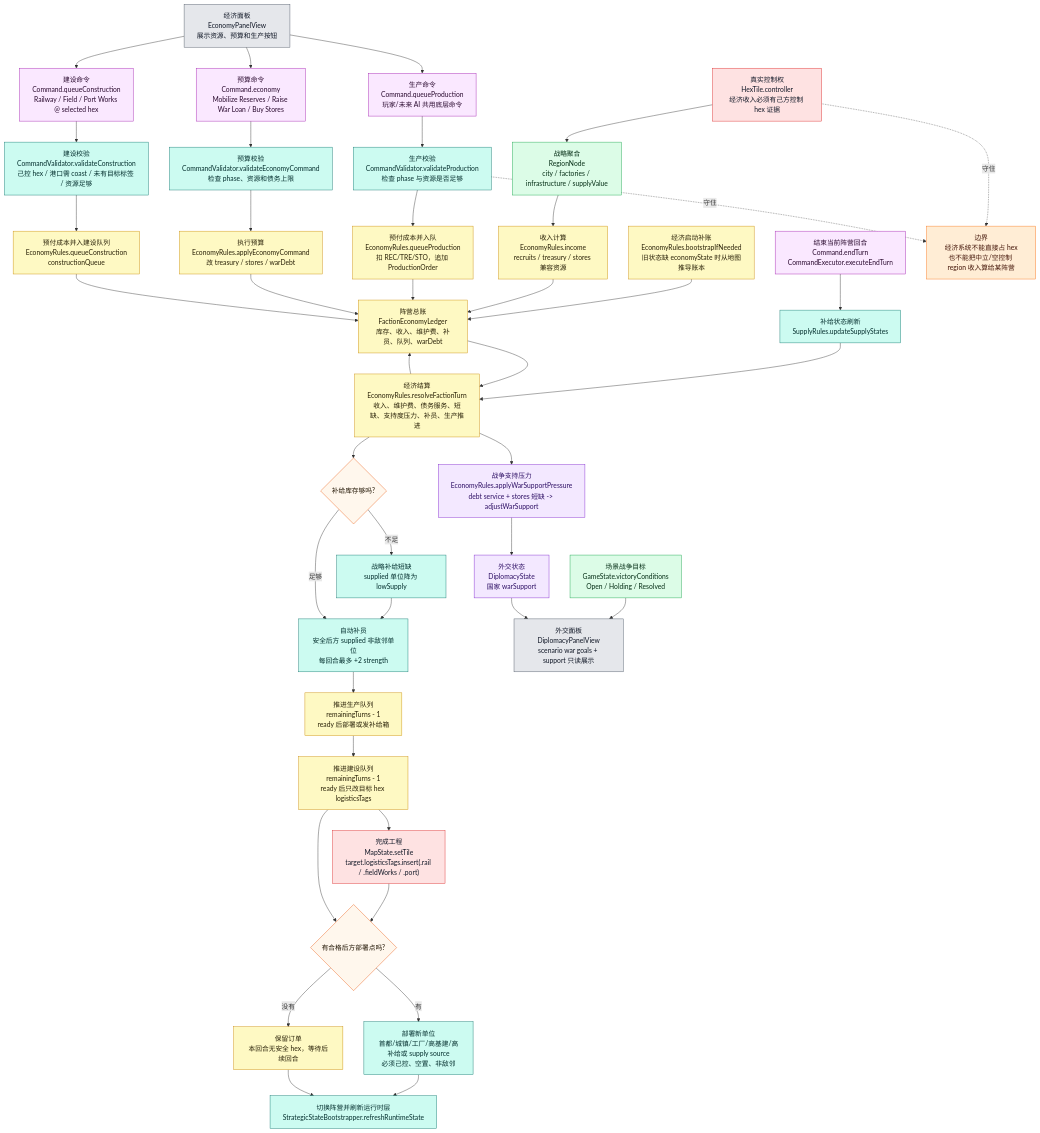
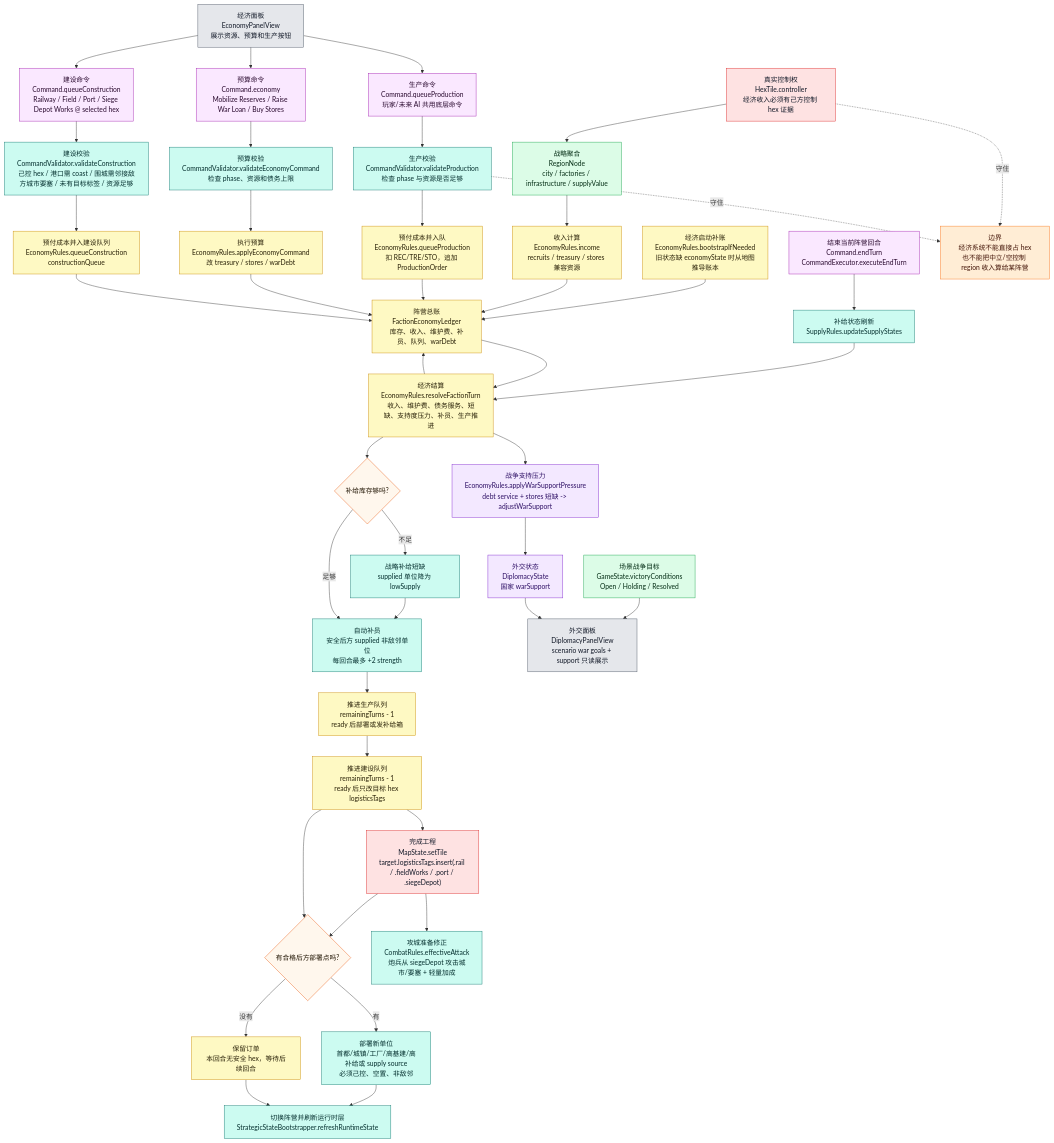
One commit to Altman-sam114/126 changed the fourth of 9 diagrams in md/flow/flowchart.md. Above: the diagram before and after it, drawn with Mermaid. The commit also changed other lines of this file and 6 other files, not shown here.

Commit message:
feat(logistics): add siege depot works

````diff
--- a/md/flow/flowchart.md
+++ b/md/flow/flowchart.md
@@ -207,71 +207,73 @@
 ```mermaid
 flowchart TD
     BOOT["经济启动补账<br/>EconomyRules.bootstrapIfNeeded<br/>旧状态缺 economyState 时从地图推导账本"]:::economy
     HEX["真实控制权<br/>HexTile.controller<br/>经济收入必须有己方控制 hex 证据"]:::authority
     REGION["战略聚合<br/>RegionNode<br/>city / factories / infrastructure / supplyValue"]:::derived
     INCOME["收入计算<br/>EconomyRules.income<br/>recruits / treasury / stores 兼容资源"]:::economy
     LEDGER["阵营总账<br/>FactionEconomyLedger<br/>库存、收入、维护费、补员、队列、warDebt"]:::economy
 
     UI["经济面板<br/>EconomyPanelView<br/>展示资源、预算和生产按钮"]:::ui
     QUEUE["生产命令<br/>Command.queueProduction<br/>玩家/未来 AI 共用底层命令"]:::command
     VALIDATE["生产校验<br/>CommandValidator.validateProduction<br/>检查 phase 与资源是否足够"]:::rules
     PAY["预付成本并入队<br/>EconomyRules.queueProduction<br/>扣 REC/TRE/STO，追加 ProductionOrder"]:::economy
     BUDGET["预算命令<br/>Command.economy<br/>Mobilize Reserves / Raise War Loan / Buy Stores"]:::command
     BVALID["预算校验<br/>CommandValidator.validateEconomyCommand<br/>检查 phase、资源和债务上限"]:::rules
     APPLYB["执行预算<br/>EconomyRules.applyEconomyCommand<br/>改 treasury / stores / warDebt"]:::economy
-    BUILD["建设命令<br/>Command.queueConstruction<br/>Railway / Field / Port Works @ selected hex"]:::command
-    BLDVALID["建设校验<br/>CommandValidator.validateConstruction<br/>己控 hex / 港口需 coast / 未有目标标签 / 资源足够"]:::rules
+    BUILD["建设命令<br/>Command.queueConstruction<br/>Railway / Field / Port / Siege Depot Works @ selected hex"]:::command
+    BLDVALID["建设校验<br/>CommandValidator.validateConstruction<br/>己控 hex / 港口需 coast / 围城需邻接敌方城市要塞 / 未有目标标签 / 资源足够"]:::rules
     BLDQUEUE["预付成本并入建设队列<br/>EconomyRules.queueConstruction<br/>constructionQueue"]:::economy
     DIP["外交状态<br/>DiplomacyState<br/>国家 warSupport"]:::diplomacy
 
     END["结束当前阵营回合<br/>Command.endTurn<br/>CommandExecutor.executeEndTurn"]:::command
     SUPPLY["补给状态刷新<br/>SupplyRules.updateSupplyStates"]:::rules
     RESOLVE["经济结算<br/>EconomyRules.resolveFactionTurn<br/>收入、维护费、债务服务、短缺、支持度压力、补员、生产推进"]:::economy
     SHORT{"补给库存够吗?"}:::decision
     LOW["战略补给短缺<br/>supplied 单位降为 lowSupply"]:::rules
     PRESS["战争支持压力<br/>EconomyRules.applyWarSupportPressure<br/>debt service + stores 短缺 -> adjustWarSupport"]:::diplomacy
     REINF["自动补员<br/>安全后方 supplied 非敌邻单位<br/>每回合最多 +2 strength"]:::rules
     PROD["推进生产队列<br/>remainingTurns - 1<br/>ready 后部署或发补给箱"]:::economy
     CONST["推进建设队列<br/>remainingTurns - 1<br/>ready 后只改目标 hex logisticsTags"]:::economy
     DEPLOY{"有合格后方部署点吗?"}:::decision
     SPAWN["部署新单位<br/>首都/城镇/工厂/高基建/高补给或 supply source<br/>必须己控、空置、非敌邻"]:::rules
     WAIT["保留订单<br/>本回合无安全 hex，等待后续回合"]:::economy
-    RAIL["完成工程<br/>MapState.setTile<br/>target.logisticsTags.insert(.rail / .fieldWorks / .port)"]:::authority
+    RAIL["完成工程<br/>MapState.setTile<br/>target.logisticsTags.insert(.rail / .fieldWorks / .port / .siegeDepot)"]:::authority
+    SIEGE["攻城准备修正<br/>CombatRules.effectiveAttack<br/>炮兵从 siegeDepot 攻击城市/要塞 + 轻量加成"]:::rules
     NEXT["切换阵营并刷新运行时层<br/>StrategicStateBootstrapper.refreshRuntimeState"]:::rules
     DIPUI["外交面板<br/>DiplomacyPanelView<br/>scenario war goals + support 只读展示"]:::ui
     GOALS["场景战争目标<br/>GameState.victoryConditions<br/>Open / Holding / Resolved"]:::derived
 
     BOOT --> LEDGER
     HEX --> REGION --> INCOME --> LEDGER
     UI --> QUEUE --> VALIDATE --> PAY --> LEDGER
     UI --> BUDGET --> BVALID --> APPLYB --> LEDGER
     UI --> BUILD --> BLDVALID --> BLDQUEUE --> LEDGER
     GOALS --> DIPUI
     DIP --> DIPUI
     END --> SUPPLY --> RESOLVE
     LEDGER --> RESOLVE
     RESOLVE --> SHORT
     RESOLVE --> PRESS --> DIP
     SHORT -->|不足| LOW --> REINF
     SHORT -->|足够| REINF
     REINF --> PROD --> CONST
     CONST --> RAIL --> DEPLOY
+    RAIL --> SIEGE
     CONST --> DEPLOY
     DEPLOY -->|有| SPAWN --> NEXT
     DEPLOY -->|没有| WAIT --> NEXT
     RESOLVE --> LEDGER
 
     WARN["边界<br/>经济系统不能直接占 hex<br/>也不能把中立/空控制 region 收入算给某阵营"]:::warn
     HEX -.守住.-> WARN
     VALIDATE -.守住.-> WARN
 
     classDef authority fill:#fee2e2,stroke:#dc2626,color:#111827
     classDef derived fill:#dcfce7,stroke:#16a34a,color:#052e16
     classDef economy fill:#fef9c3,stroke:#ca8a04,color:#292107
     classDef diplomacy fill:#f3e8ff,stroke:#7e22ce,color:#2e1065
     classDef command fill:#fae8ff,stroke:#a21caf,color:#2a0a2f
     classDef rules fill:#ccfbf1,stroke:#0f766e,color:#042f2e
     classDef decision fill:#fff7ed,stroke:#ea580c,color:#1f1300
     classDef ui fill:#e5e7eb,stroke:#4b5563,color:#111827
     classDef warn fill:#ffedd5,stroke:#f97316,color:#431407
 ```
````
